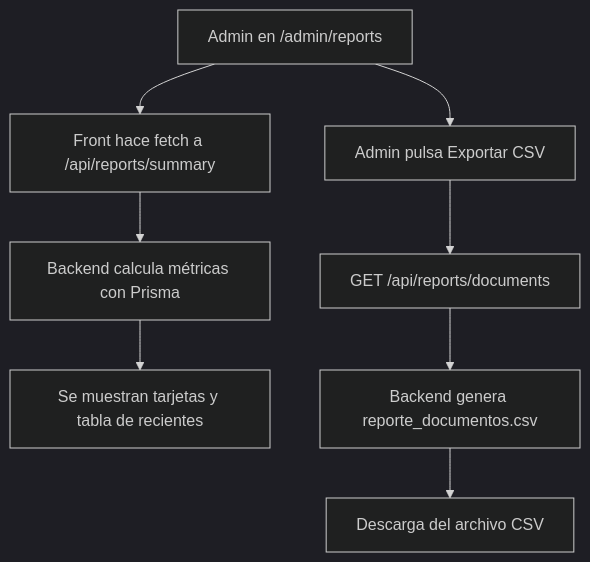
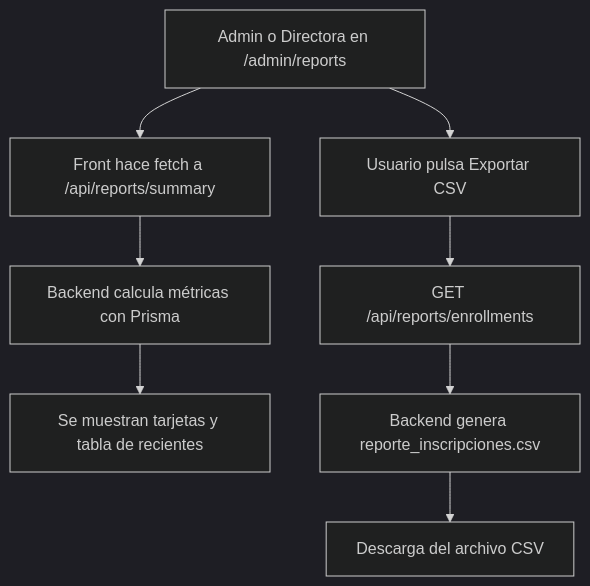
The ninth of 9 diagrams in README.md (vanesabrito/bellydance-project), drawn with Mermaid (dark theme) before and after one commit. The commit also changed other lines of this file, not shown here.

Commit message:
Actualizar README con descripción detallada del sistema, roles actuales, diagramas de dominio y casos de uso

````diff
--- a/README.md
+++ b/README.md
@@ -119,10 +481,10 @@
 ```mermaid
 flowchart TD
-  A[Admin en /admin/reports] --> B[Front hace fetch a /api/reports/summary]
+  A[Admin o Directora en /admin/reports] --> B[Front hace fetch a /api/reports/summary]
   B --> C[Backend calcula métricas con Prisma]
   C --> D[Se muestran tarjetas y tabla de recientes]
-  A --> E[Admin pulsa Exportar CSV]
-  E --> F[GET /api/reports/documents]
-  F --> G[Backend genera reporte_documentos.csv]
+  A --> E[Usuario pulsa Exportar CSV]
+  E --> F[GET /api/reports/enrollments]
+  F --> G[Backend genera reporte_inscripciones.csv]
   G --> H[Descarga del archivo CSV]
 ```
````
